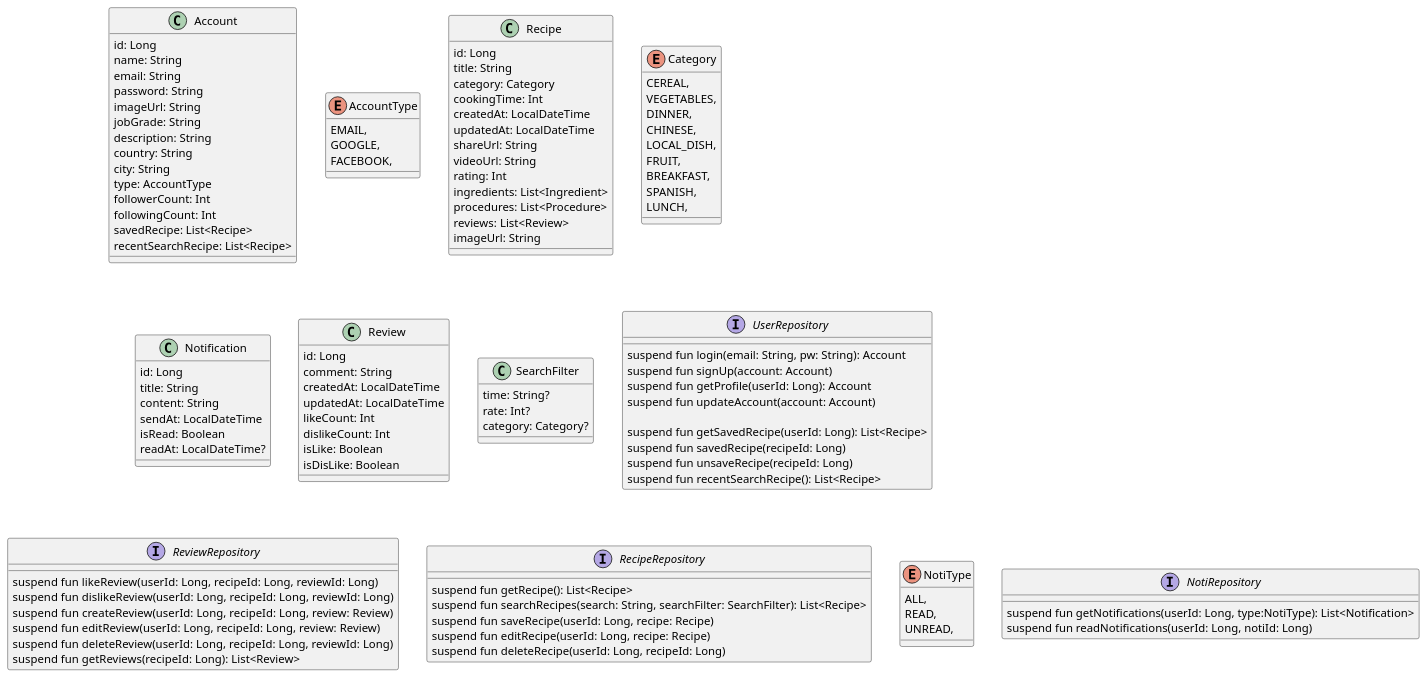
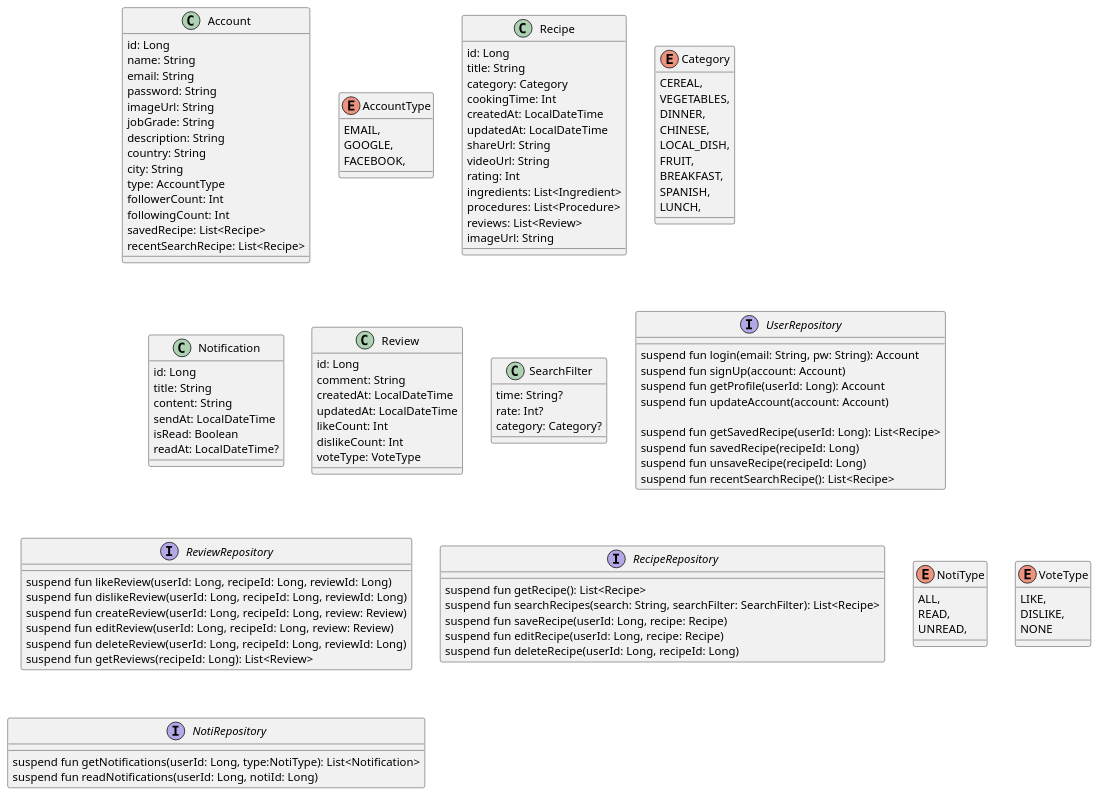
Before and after one commit to SurvivalCodingCampus/gangnam2_kotlin_study: the diagram in src/main/kotlin/_251127_team_design/FoodApp.puml, drawn with PlantUML.

Commit message:
fix: 비즈니스 로직 말고 enum class로 관리하게 변경

```diff
--- a/src/main/kotlin/_251127_team_design/FoodApp.puml
+++ b/src/main/kotlin/_251127_team_design/FoodApp.puml
@@ -1,121 +1,125 @@
 @startuml
 
 class Account {
     id: Long
     name: String
     email: String
     password: String
     imageUrl: String
     jobGrade: String
     description: String
     country: String
     city: String
     type: AccountType
     followerCount: Int
     followingCount: Int
     savedRecipe: List<Recipe>
     recentSearchRecipe: List<Recipe>
 }
 
 enum AccountType {
     EMAIL,
     GOOGLE,
     FACEBOOK,
 }
 
 class Recipe {
     id: Long
     title: String
     category: Category
     cookingTime: Int
     createdAt: LocalDateTime
     updatedAt: LocalDateTime
     shareUrl: String
     videoUrl: String
     rating: Int
     ingredients: List<Ingredient>
     procedures: List<Procedure>
     reviews: List<Review>
     imageUrl: String
 }
 
 enum Category {
     CEREAL,
     VEGETABLES,
     DINNER,
     CHINESE,
     LOCAL_DISH,
     FRUIT,
     BREAKFAST,
     SPANISH,
     LUNCH,
 }
 
 
 class Notification {
     id: Long
     title: String
     content: String
     sendAt: LocalDateTime
     isRead: Boolean
     readAt: LocalDateTime?
     '읽지 않으면 시간이 없으므로 nullabletype으로 변경
 }
 
 class Review {
     id: Long
     comment: String
     createdAt: LocalDateTime
     updatedAt: LocalDateTime
     likeCount: Int
     dislikeCount: Int
-    isLike: Boolean
-    isDisLike: Boolean
+    voteType: VoteType
+
 }
 
 class SearchFilter {
     time: String?
     rate: Int?
     category: Category?
 }
 
 interface UserRepository {
     suspend fun login(email: String, pw: String): Account
     suspend fun signUp(account: Account)
     suspend fun getProfile(userId: Long): Account
     suspend fun updateAccount(account: Account)
 
     suspend fun getSavedRecipe(userId: Long): List<Recipe>
     suspend fun savedRecipe(recipeId: Long)
     suspend fun unsaveRecipe(recipeId: Long)
     suspend fun recentSearchRecipe(): List<Recipe>
 }
 
 interface ReviewRepository {
     suspend fun likeReview(userId: Long, recipeId: Long, reviewId: Long)
     suspend fun dislikeReview(userId: Long, recipeId: Long, reviewId: Long)
     suspend fun createReview(userId: Long, recipeId: Long, review: Review)
     suspend fun editReview(userId: Long, recipeId: Long, review: Review)
     suspend fun deleteReview(userId: Long, recipeId: Long, reviewId: Long)
     suspend fun getReviews(recipeId: Long): List<Review>
 }
 
 interface RecipeRepository {
     suspend fun getRecipe(): List<Recipe>
     suspend fun searchRecipes(search: String, searchFilter: SearchFilter): List<Recipe>
     suspend fun saveRecipe(userId: Long, recipe: Recipe)
     suspend fun editRecipe(userId: Long, recipe: Recipe)
     suspend fun deleteRecipe(userId: Long, recipeId: Long)
 }
 
 enum NotiType {
     ALL,
     READ,
     UNREAD,
 }
-
+enum VoteType {
+    LIKE,
+    DISLIKE,
+    NONE
+}
 interface NotiRepository {
     suspend fun getNotifications(userId: Long, type:NotiType): List<Notification>
     suspend fun readNotifications(userId: Long, notiId: Long)
 }
 @enduml
```
